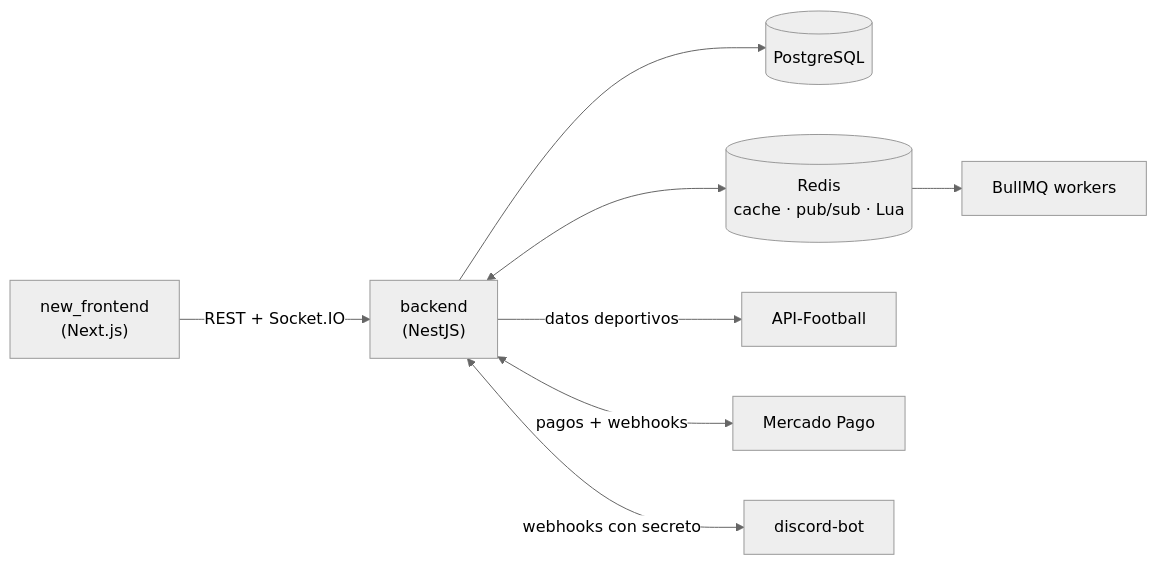
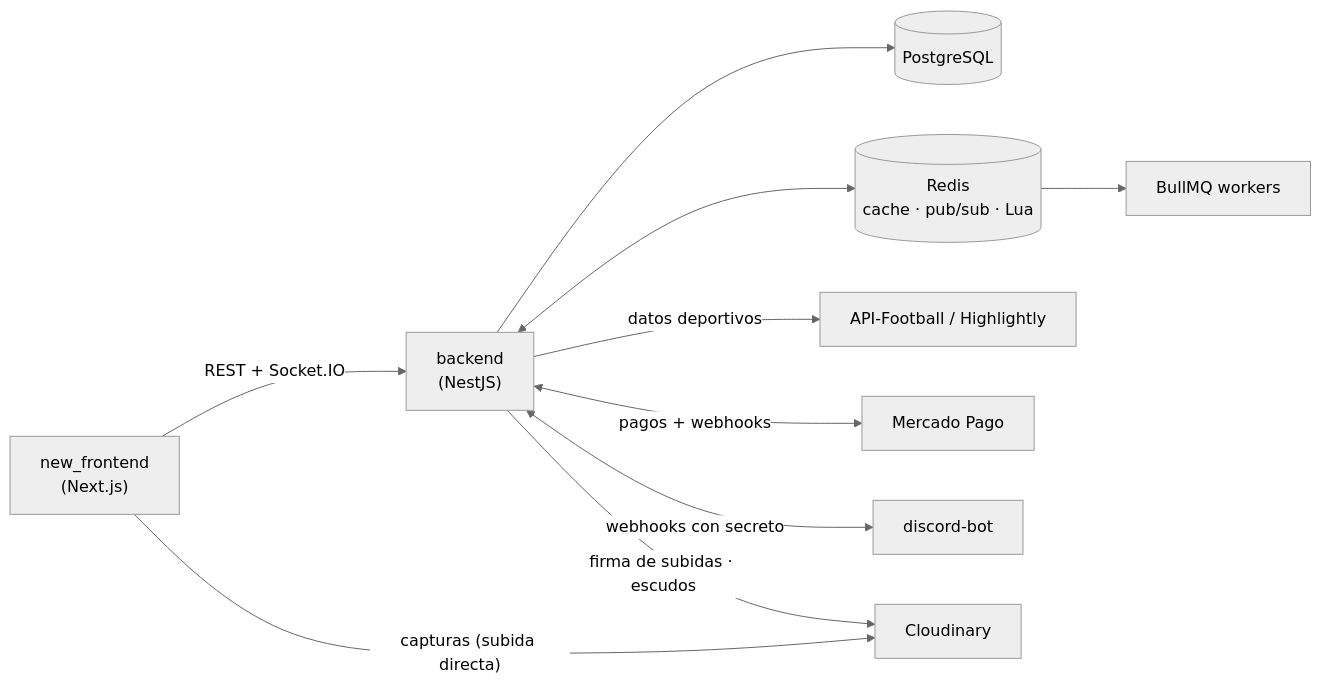
The diagram in README.md (TorricoFranco/ChiquiMafias), drawn with Mermaid (neutral theme) before and after one commit. The commit also changed other lines of this file and 10 other files, not shown here.

````diff
--- a/README.md
+++ b/README.md
@@ -71,10 +142,12 @@
 ```mermaid
 flowchart LR
     Front["new_frontend<br/>(Next.js)"] -->|"REST + Socket.IO"| API["backend<br/>(NestJS)"]
     API --> PG[("PostgreSQL")]
     API <--> Redis[("Redis<br/>cache · pub/sub · Lua")]
     Redis --> Workers["BullMQ workers"]
-    API -->|"datos deportivos"| Football["API-Football"]
+    API -->|"datos deportivos"| Football["API-Football / Highlightly"]
     API <-->|"pagos + webhooks"| MP["Mercado Pago"]
     API <-->|"webhooks con secreto"| Bot["discord-bot"]
+    Front -->|"capturas (subida directa)"| CDN["Cloudinary"]
+    API -->|"firma de subidas · escudos"| CDN
 ```
````
